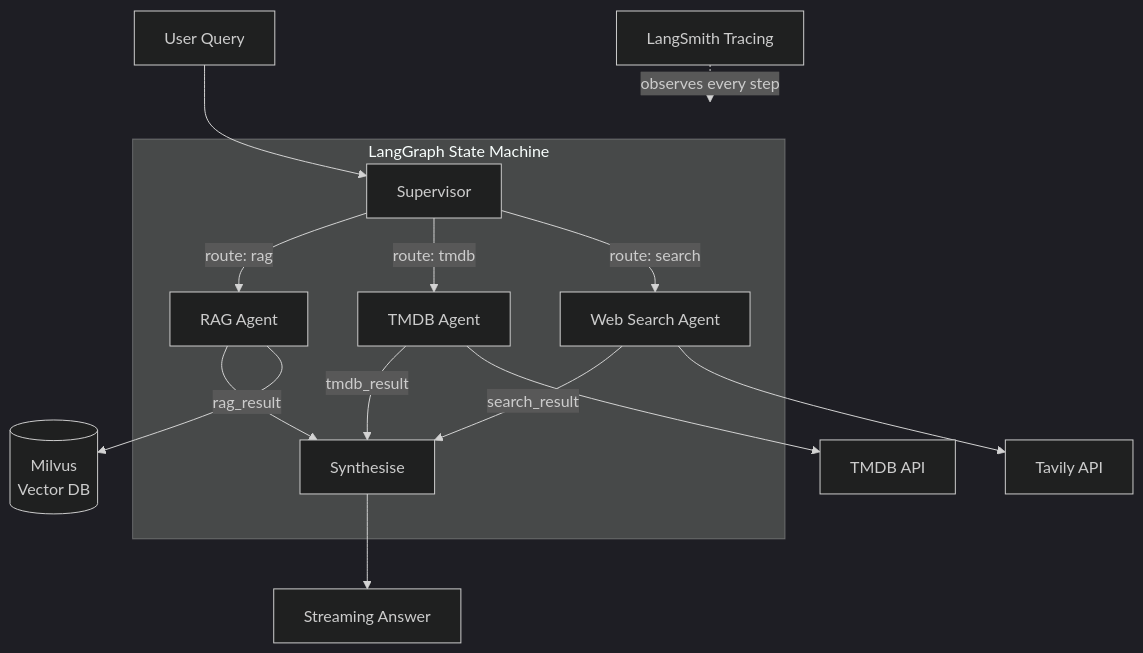
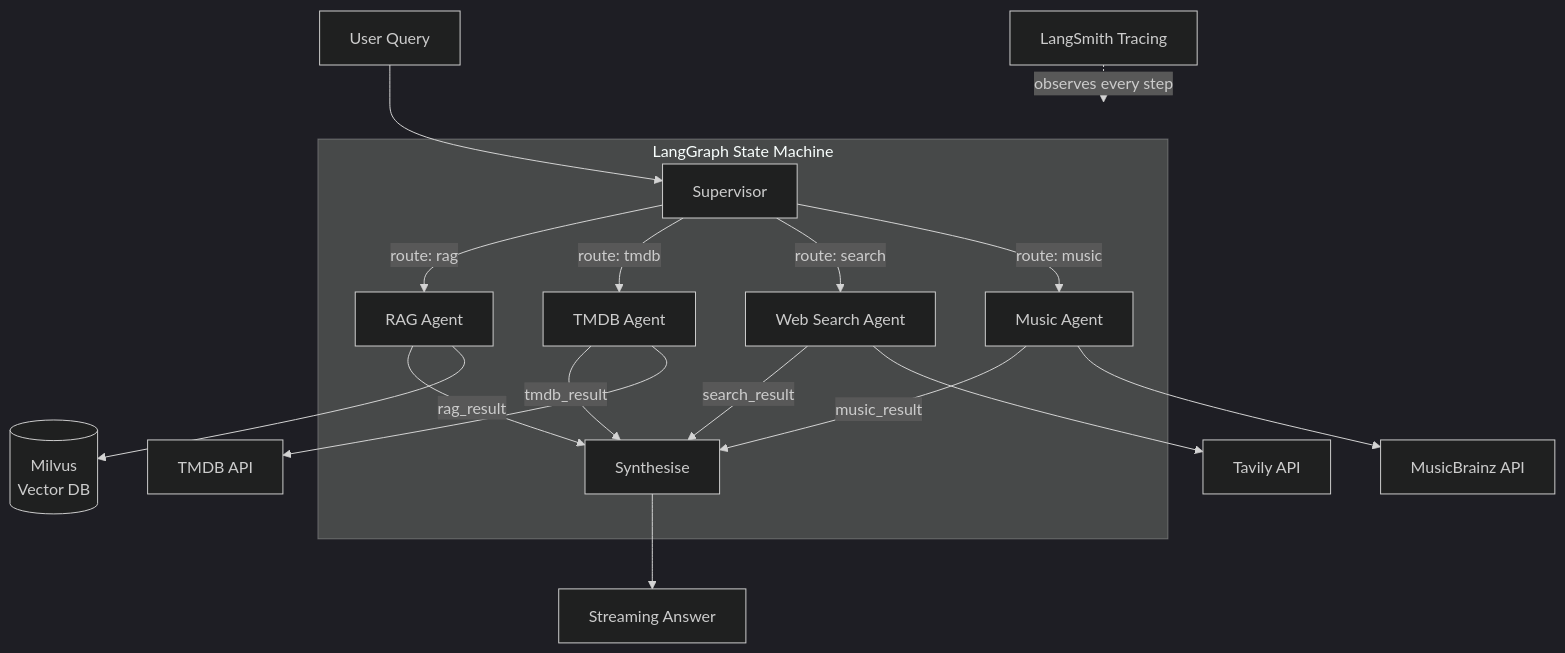
The diagram in README.md (worldwidejimmy/pipeline), drawn with Mermaid (dark theme) before and after one commit. The commit also changed other lines of this file and 38 other files, not shown here.

First line of the commit message:
feat(cineai): music agent, Ebert RAG pipeline, routing rules UI, handoff docs

````diff
--- a/README.md
+++ b/README.md
@@ -16,17 +18,20 @@
 ```mermaid
 flowchart TD
     UserQuery[User Query] --> Supervisor
     subgraph langgraph [LangGraph State Machine]
         Supervisor -->|"route: rag"| RAGAgent[RAG Agent]
         Supervisor -->|"route: tmdb"| TMDBAgent[TMDB Agent]
         Supervisor -->|"route: search"| SearchAgent[Web Search Agent]
+        Supervisor -->|"route: music"| MusicAgent[Music Agent]
         RAGAgent -->|rag_result| Synthesise[Synthesise]
         TMDBAgent -->|tmdb_result| Synthesise
         SearchAgent -->|search_result| Synthesise
+        MusicAgent -->|music_result| Synthesise
     end
     RAGAgent --> Milvus[(Milvus\nVector DB)]
     TMDBAgent --> TMDB[TMDB API]
     SearchAgent --> WebAPI[Tavily API]
+    MusicAgent --> MB[MusicBrainz API]
     Synthesise --> FinalAnswer[Streaming Answer]
     LangSmith[LangSmith Tracing] -.->|observes every step| langgraph
 ```
````
